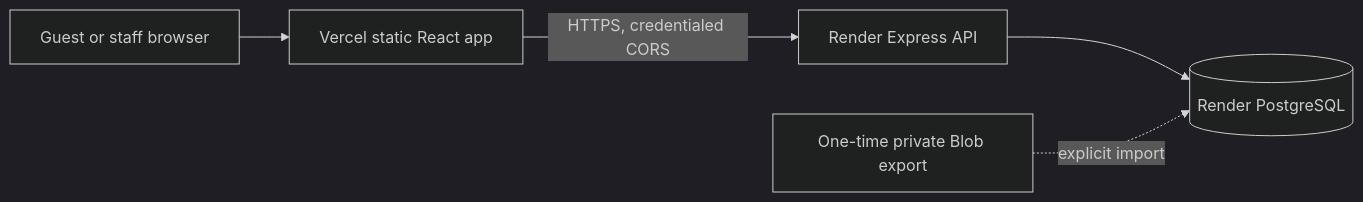
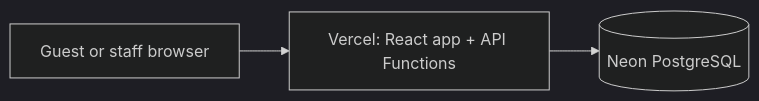
The diagram in README.md (Xandra-0001/cornercafe-recreated), drawn with Mermaid (dark theme) before and after one commit. The commit also changed other lines of this file and 15 other files, not shown here.

Commit message:
Deploy Corner Cafe with Vercel Functions and Neon

````diff
--- a/README.md
+++ b/README.md
@@ -7,7 +7,5 @@
 ```mermaid
 flowchart LR
-  Guest[Guest or staff browser] --> Vercel[Vercel static React app]
-  Vercel -->|HTTPS, credentialed CORS| Render[Render Express API]
-  Render --> PostgreSQL[(Render PostgreSQL)]
-  Export[One-time private Blob export] -. explicit import .-> PostgreSQL
+  Guest[Guest or staff browser] --> Vercel[Vercel: React app + API Functions]
+  Vercel --> Neon[(Neon PostgreSQL)]
 ```
````
